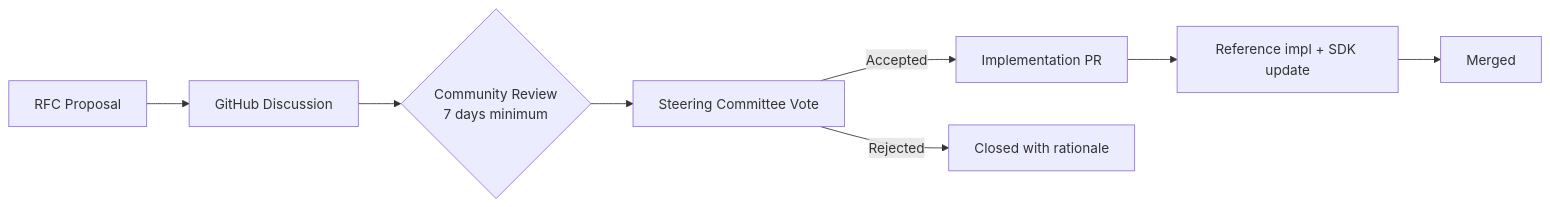
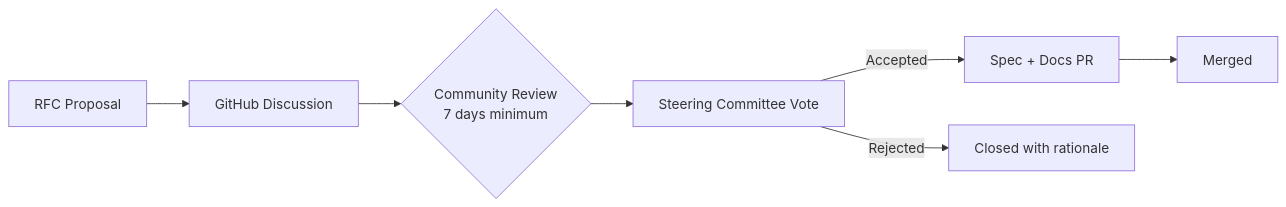
The diagram in docs/src/governance.md (tabletop-commons/OpenTabletop), drawn with Mermaid before and after one commit. The commit also changed other lines of this file and 16 other files, not shown here.

````diff
--- a/docs/src/governance.md
+++ b/docs/src/governance.md
@@ -28,10 +28,9 @@
 ```mermaid
 flowchart LR
     A[RFC Proposal] --> B[GitHub Discussion]
     B --> C{Community Review\n7 days minimum}
     C --> D[Steering Committee Vote]
-    D -->|Accepted| E[Implementation PR]
+    D -->|Accepted| E[Spec + Docs PR]
     D -->|Rejected| F[Closed with rationale]
-    E --> G[Reference impl + SDK update]
-    G --> H[Merged]
+    E --> G[Merged]
 ```
````
